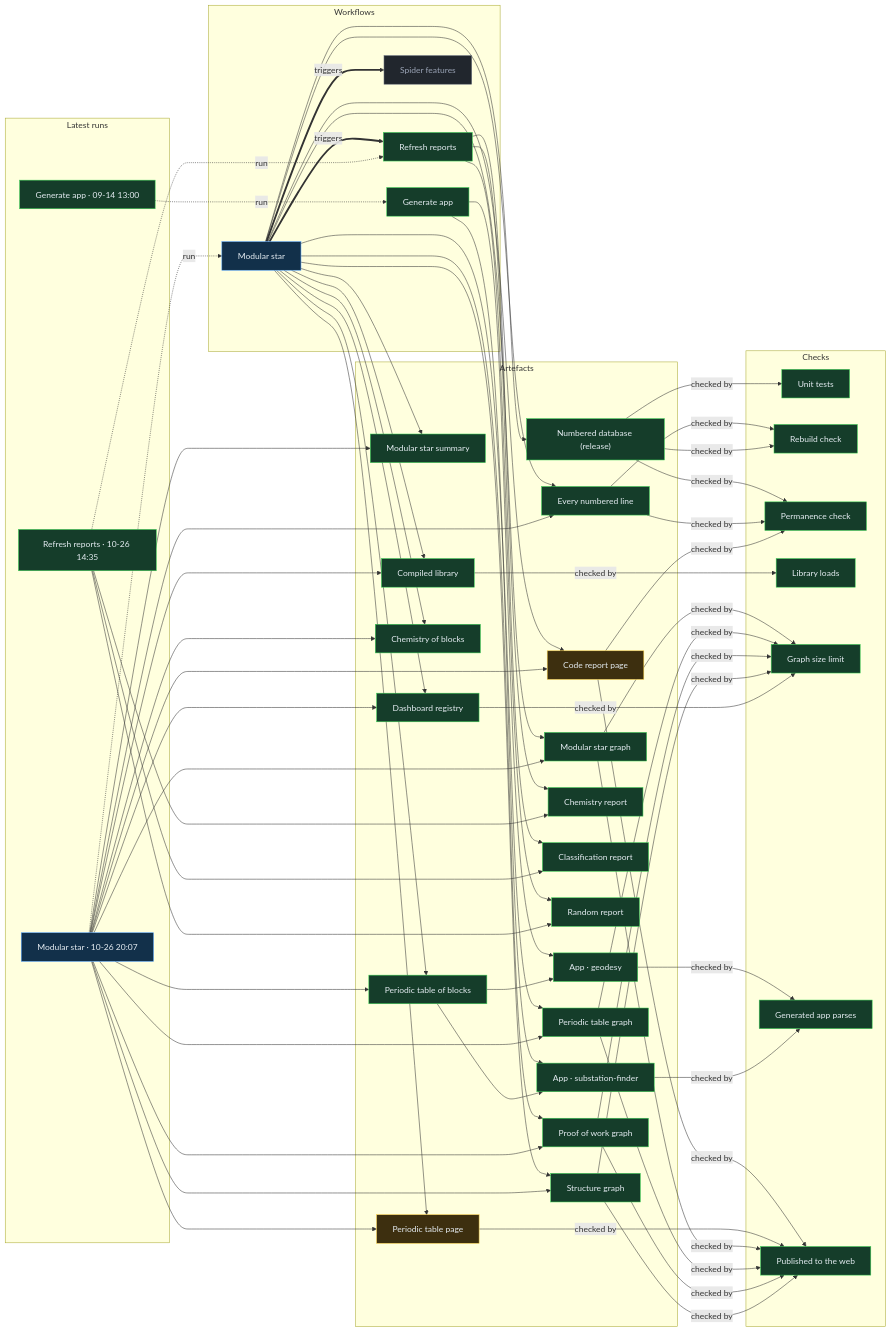
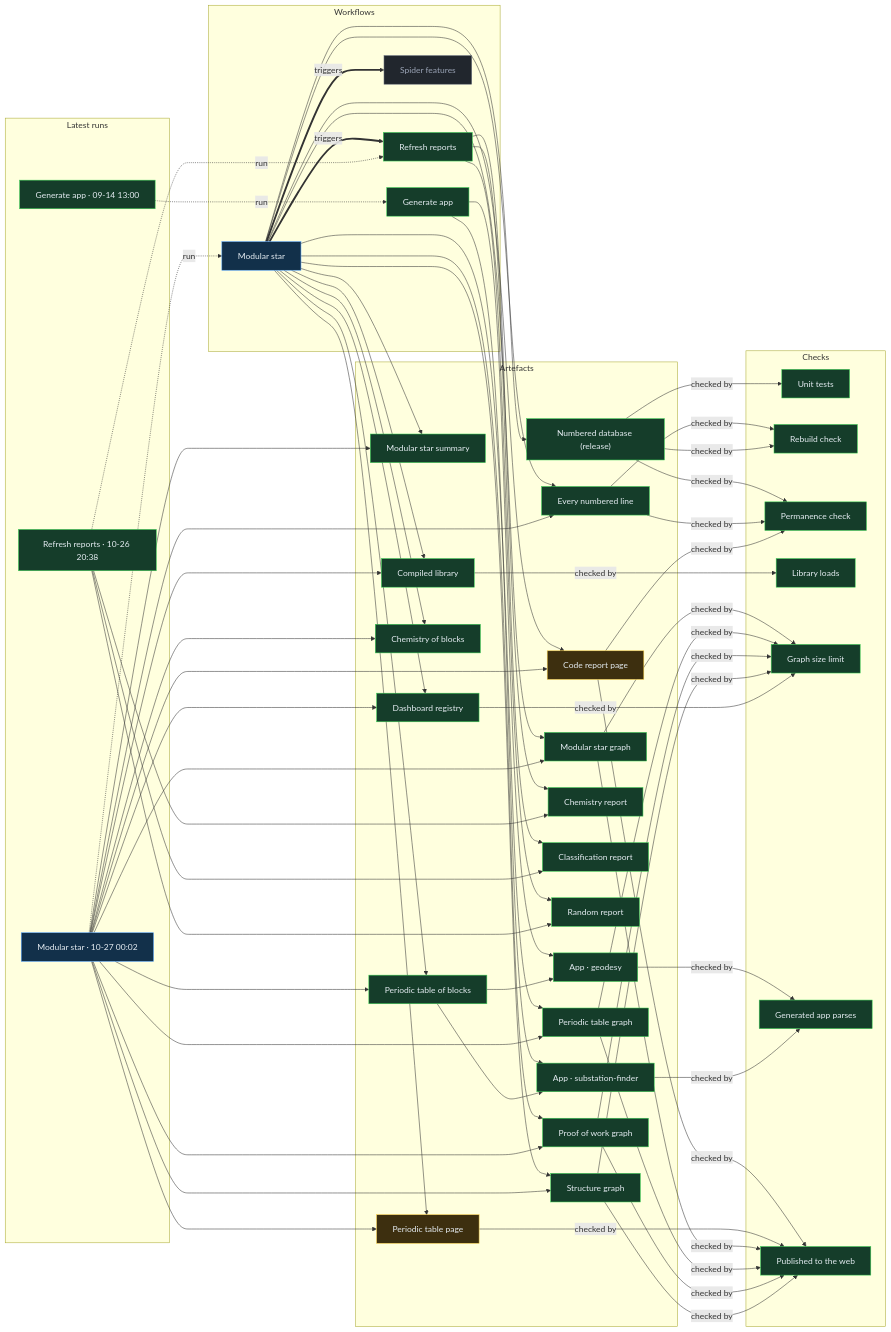
Before and after one commit to Ventusltd/stars: the diagram in proof/PROOF.md, drawn with Mermaid. The commit also changed other lines of this file and 141 other files, not shown here.

Commit message:
Modular star 2026-10-27T00:05Z

```diff
--- a/proof/PROOF.md
+++ b/proof/PROOF.md
@@ -24,8 +24,8 @@
   n_wf_spider_features["Spider features"]:::off
   end
   subgraph g_runs["Latest runs"]
-  n_run_40392830448["Modular star · 10-26 20:07"]:::live
-  n_run_40340973364["Refresh reports · 10-26 14:35"]:::ok
+  n_run_40423839705["Modular star · 10-27 00:02"]:::live
+  n_run_40397380063["Refresh reports · 10-26 20:38"]:::ok
   n_run_34846587798["Generate app · 09-14 13:00"]:::ok
   end
   subgraph g_artefacts["Artefacts"]
@@ -59,39 +59,39 @@
   end
   n_wf_modular_star == triggers ==> n_wf_refresh
   n_wf_modular_star == triggers ==> n_wf_spider_features
-  n_run_40392830448 -. run .-> n_wf_modular_star
-  n_run_40340973364 -. run .-> n_wf_refresh
+  n_run_40423839705 -. run .-> n_wf_modular_star
+  n_run_40397380063 -. run .-> n_wf_refresh
   n_run_34846587798 -. run .-> n_wf_generate
   n_wf_modular_star --> n_art_summary
-  n_run_40392830448 --> n_art_summary
+  n_run_40423839705 --> n_art_summary
   n_wf_modular_star --> n_art_lines
-  n_run_40392830448 --> n_art_lines
+  n_run_40423839705 --> n_art_lines
   n_wf_modular_star --> n_art_code
-  n_run_40392830448 --> n_art_code
+  n_run_40423839705 --> n_art_code
   n_wf_modular_star --> n_art_modular_graph
-  n_run_40392830448 --> n_art_modular_graph
+  n_run_40423839705 --> n_art_modular_graph
   n_wf_modular_star --> n_art_blocks
-  n_run_40392830448 --> n_art_blocks
+  n_run_40423839705 --> n_art_blocks
   n_wf_modular_star --> n_art_table
-  n_run_40392830448 --> n_art_table
+  n_run_40423839705 --> n_art_table
   n_wf_modular_star --> n_art_blocks_graph
-  n_run_40392830448 --> n_art_blocks_graph
+  n_run_40423839705 --> n_art_blocks_graph
   n_wf_modular_star --> n_art_reactions
-  n_run_40392830448 --> n_art_reactions
+  n_run_40423839705 --> n_art_reactions
   n_wf_modular_star --> n_art_library
-  n_run_40392830448 --> n_art_library
+  n_run_40423839705 --> n_art_library
   n_wf_modular_star --> n_art_features
-  n_run_40392830448 --> n_art_features
+  n_run_40423839705 --> n_art_features
   n_wf_modular_star --> n_art_proof
-  n_run_40392830448 --> n_art_proof
+  n_run_40423839705 --> n_art_proof
   n_wf_modular_star --> n_art_structure
-  n_run_40392830448 --> n_art_structure
+  n_run_40423839705 --> n_art_structure
   n_wf_refresh --> n_art_chemistry
-  n_run_40340973364 --> n_art_chemistry
+  n_run_40397380063 --> n_art_chemistry
   n_wf_refresh --> n_art_vedic
-  n_run_40340973364 --> n_art_vedic
+  n_run_40397380063 --> n_art_vedic
   n_wf_refresh --> n_art_random
-  n_run_40340973364 --> n_art_random
+  n_run_40397380063 --> n_art_random
   n_wf_modular_star --> n_art_release
   n_wf_generate --> n_app_geodesy
   n_art_blocks --> n_app_geodesy
```
